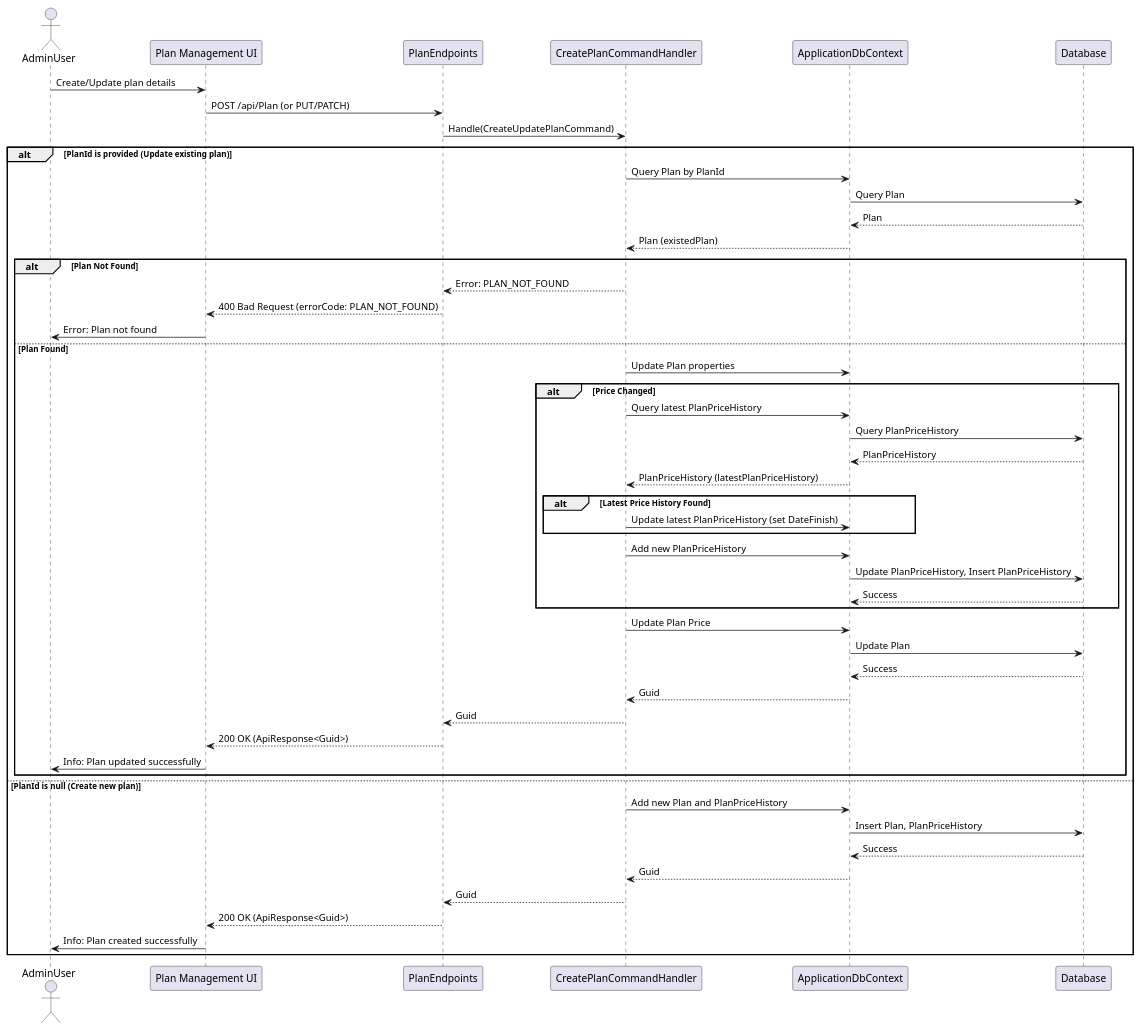
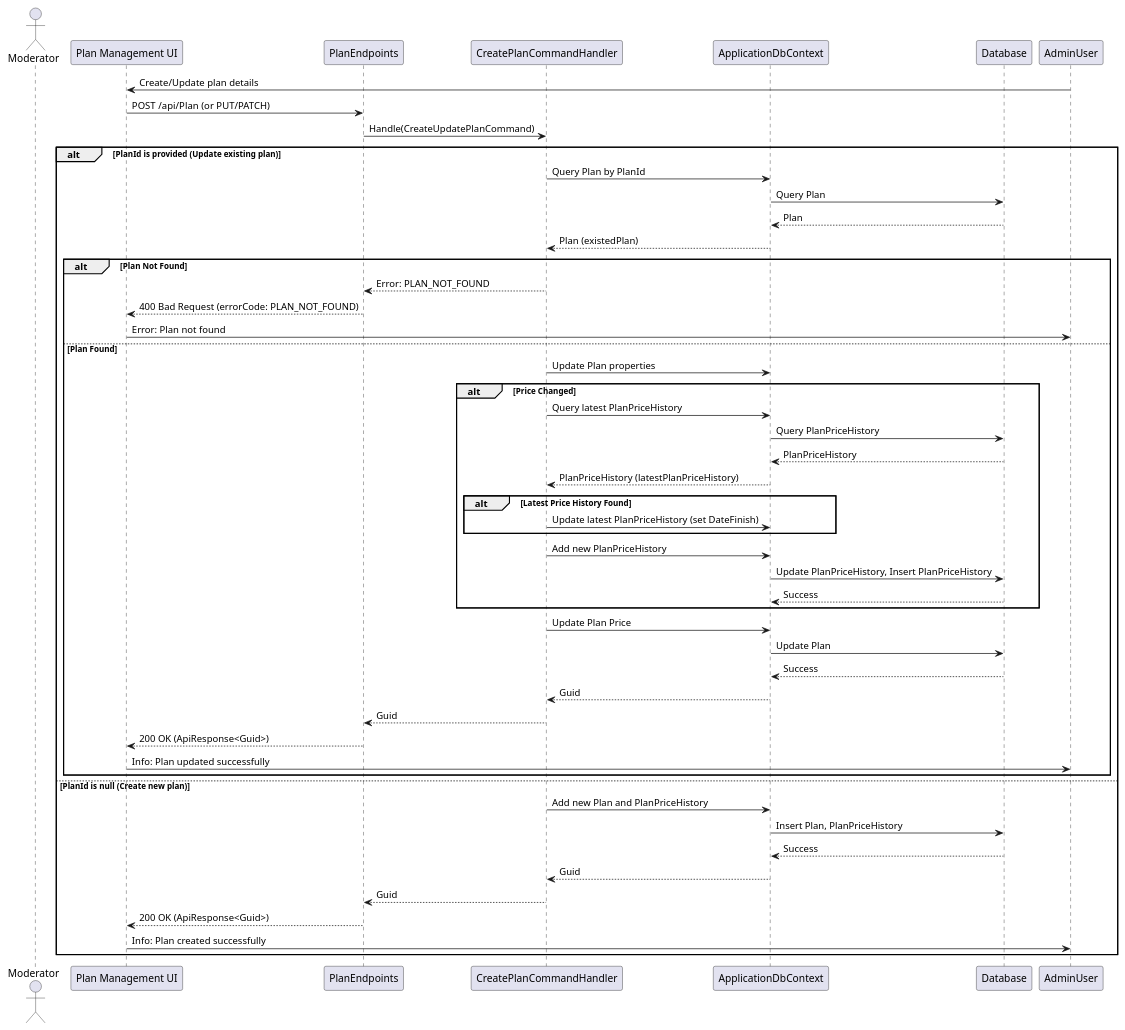
One commit to thanhkhac/SEP_Diagram changed the diagram in Plans/Sequence/CreateUpdatePlanCommand.puml. Above: the diagram before and after it, drawn with PlantUML. The commit also changed 18 other files, not shown here.

First line of the commit message:
Add architecture and ERD diagrams

```diff
--- a/Plans/Sequence/CreateUpdatePlanCommand.puml
+++ b/Plans/Sequence/CreateUpdatePlanCommand.puml
@@ -1,52 +1,52 @@
 @startuml
-actor AdminUser
+actor Moderator
 participant "Plan Management UI" as UI
 participant PlanEndpoints
 participant CreatePlanCommandHandler as Handler
 participant ApplicationDbContext
 participant Database
 
 AdminUser -> UI : Create/Update plan details
 UI -> PlanEndpoints : POST /api/Plan (or PUT/PATCH)
 PlanEndpoints -> Handler : Handle(CreateUpdatePlanCommand)
 alt PlanId is provided (Update existing plan)
     Handler -> ApplicationDbContext : Query Plan by PlanId
     ApplicationDbContext -> Database : Query Plan
     Database --> ApplicationDbContext : Plan
     ApplicationDbContext --> Handler : Plan (existedPlan)
     alt Plan Not Found
         Handler --> PlanEndpoints : Error: PLAN_NOT_FOUND
         PlanEndpoints --> UI : 400 Bad Request (errorCode: PLAN_NOT_FOUND)
         UI -> AdminUser : Error: Plan not found
     else Plan Found
         Handler -> ApplicationDbContext : Update Plan properties
         alt Price Changed
             Handler -> ApplicationDbContext : Query latest PlanPriceHistory
             ApplicationDbContext -> Database : Query PlanPriceHistory
             Database --> ApplicationDbContext : PlanPriceHistory
             ApplicationDbContext --> Handler : PlanPriceHistory (latestPlanPriceHistory)
             alt Latest Price History Found
                 Handler -> ApplicationDbContext : Update latest PlanPriceHistory (set DateFinish)
             end
             Handler -> ApplicationDbContext : Add new PlanPriceHistory
             ApplicationDbContext -> Database : Update PlanPriceHistory, Insert PlanPriceHistory
             Database --> ApplicationDbContext : Success
         end
         Handler -> ApplicationDbContext : Update Plan Price
         ApplicationDbContext -> Database : Update Plan
         Database --> ApplicationDbContext : Success
         ApplicationDbContext --> Handler : Guid
         Handler --> PlanEndpoints : Guid
         PlanEndpoints --> UI : 200 OK (ApiResponse<Guid>)
         UI -> AdminUser : Info: Plan updated successfully
     end
 else PlanId is null (Create new plan)
     Handler -> ApplicationDbContext : Add new Plan and PlanPriceHistory
     ApplicationDbContext -> Database : Insert Plan, PlanPriceHistory
     Database --> ApplicationDbContext : Success
     ApplicationDbContext --> Handler : Guid
     Handler --> PlanEndpoints : Guid
     PlanEndpoints --> UI : 200 OK (ApiResponse<Guid>)
     UI -> AdminUser : Info: Plan created successfully
 end
 @enduml
```
